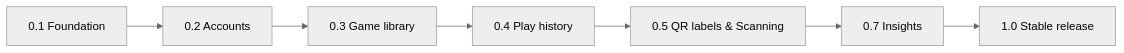
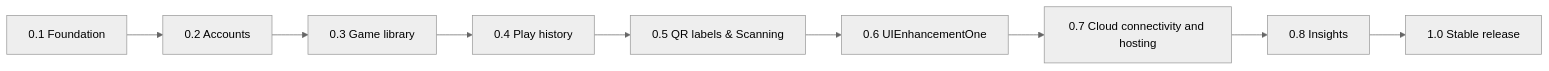
Before and after one commit to eddieSkywalker/TrackMyBoardGames: the diagram in BUILD_PLAN.md, drawn with Mermaid (neutral theme). The commit also changed other lines of this file and 11 other files, not shown here.

````diff
--- a/BUILD_PLAN.md
+++ b/BUILD_PLAN.md
@@ -43,9 +56,11 @@
 ```mermaid
 flowchart LR
     V01["0.1 Foundation"] --> V02["0.2 Accounts"]
     V02 --> V03["0.3 Game library"]
     V03 --> V04["0.4 Play history"]
     V04 --> V05["0.5 QR labels & Scanning"]
-    V05 --> V06["0.7 Insights"]
-    V06 --> V07["1.0 Stable release"]
+    V05 --> V06["0.6 UIEnhancementOne"]
+    V06 --> V07["0.7 Cloud connectivity and hosting"]
+    V07 --> V08["0.8 Insights"]
+    V08 --> V10["1.0 Stable release"]
 ```
````
